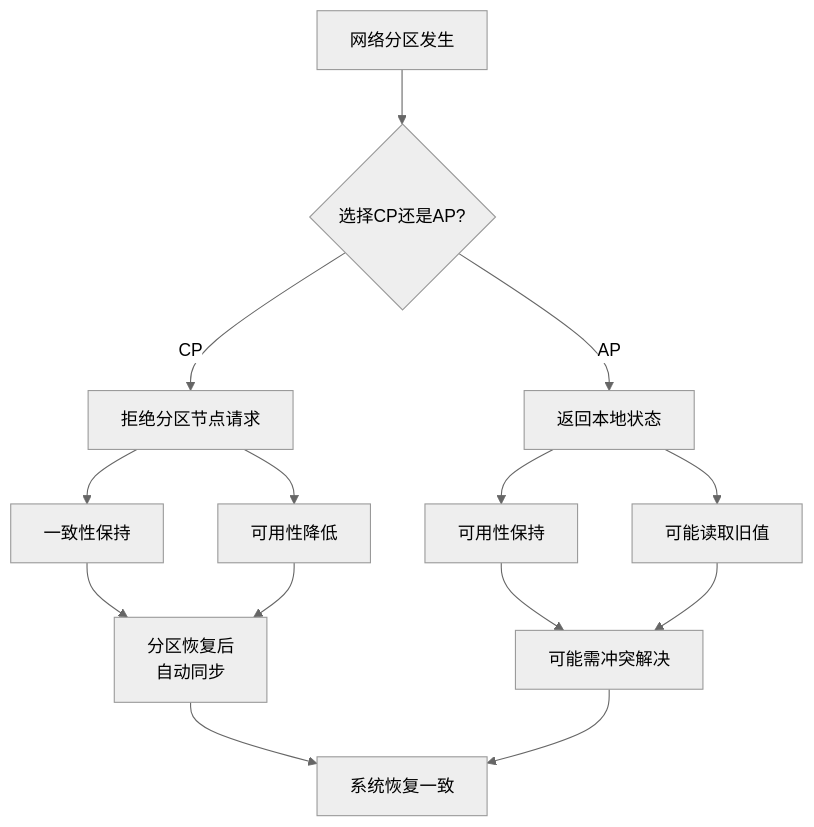
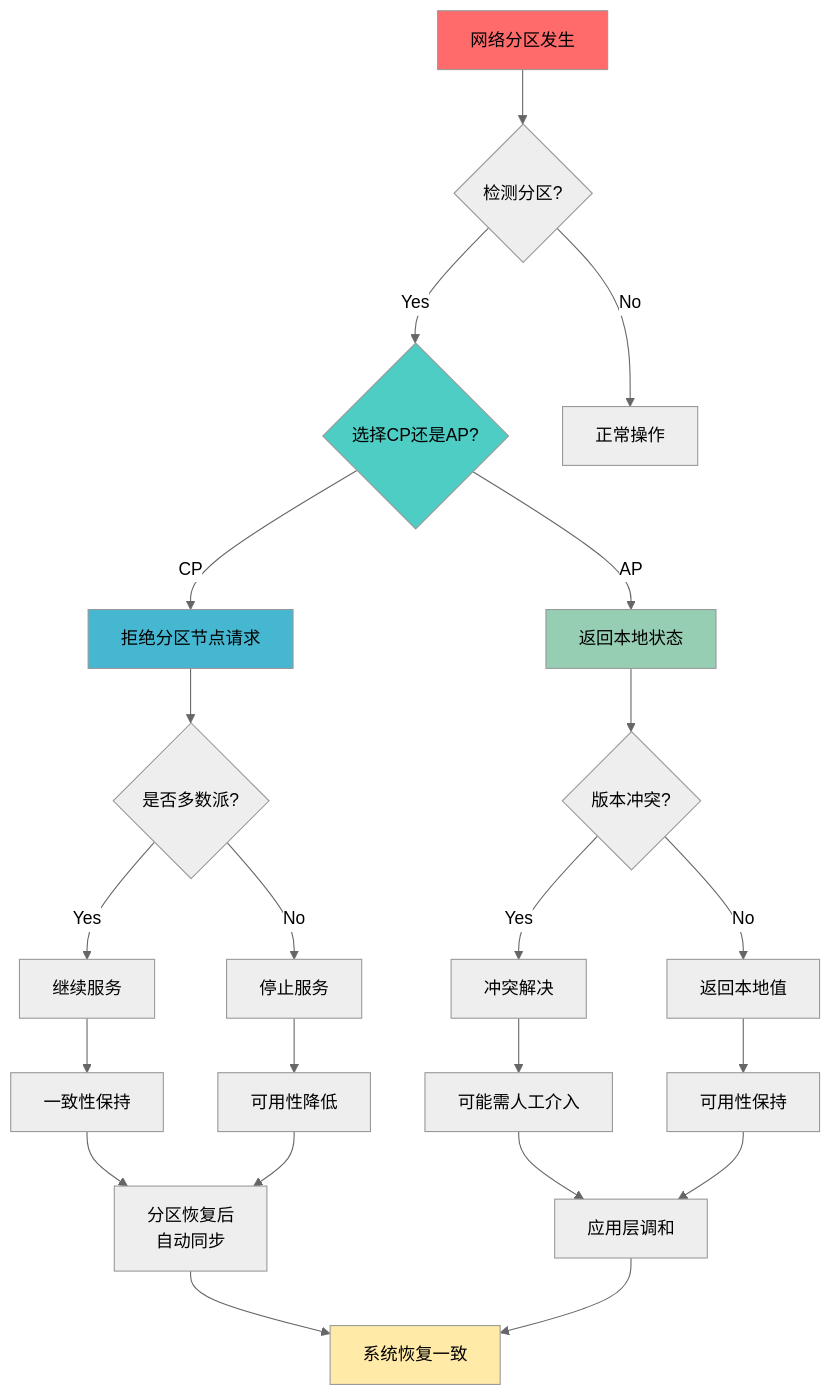
Before and after one commit to AdaMartin18010/AnalysisDataFlow: the sixth of 10 diagrams in formal-methods/03-model-taxonomy/04-consistency/02-cap-theorem.md, drawn with Mermaid (neutral theme). The commit also changed other lines of this file and 38 other files, not shown here.

````diff
--- a/formal-methods/03-model-taxonomy/04-consistency/02-cap-theorem.md
+++ b/formal-methods/03-model-taxonomy/04-consistency/02-cap-theorem.md
@@ -359,21 +1087,37 @@
 ```mermaid
 flowchart TD
-    A[网络分区发生] --> B{选择CP还是AP?}
+    A[网络分区发生] --> B{检测分区?}
 
-    B -->|CP| C[拒绝分区节点请求]
-    B -->|AP| D[返回本地状态]
+    B -->|Yes| C{选择CP还是AP?}
+    B -->|No| D[正常操作]
 
-    C --> E[一致性保持]
-    C --> F[可用性降低]
+    C -->|CP| E[拒绝分区节点请求]
+    C -->|AP| F[返回本地状态]
 
-    D --> G[可用性保持]
-    D --> H[可能读取旧值]
+    E --> G{是否多数派?}
+    G -->|Yes| H[继续服务]
+    G -->|No| I[停止服务]
 
-    E --> I[分区恢复后<br/>自动同步]
-    F --> I
-    G --> J[可能需冲突解决]
-    H --> J
+    F --> J{版本冲突?}
+    J -->|Yes| K[冲突解决]
+    J -->|No| L[返回本地值]
 
-    I --> K[系统恢复一致]
-    J --> K
+    H --> M[一致性保持]
+    I --> N[可用性降低]
+    K --> O[可能需人工介入]
+    L --> P[可用性保持]
+
+    M --> Q[分区恢复后<br/>自动同步]
+    N --> Q
+    O --> R[应用层调和]
+    P --> R
+
+    Q --> S[系统恢复一致]
+    R --> S
+
+    style A fill:#FF6B6B
+    style C fill:#4ECDC4
+    style E fill:#45B7D1
+    style F fill:#96CEB4
+    style S fill:#FFEAA7
 ```
````
